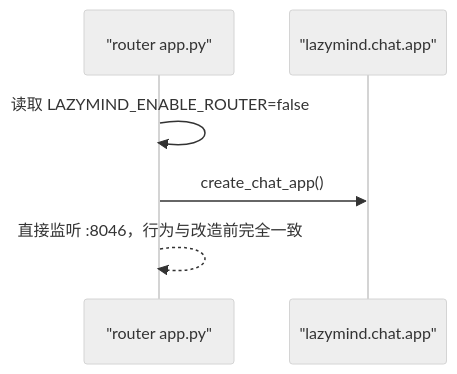
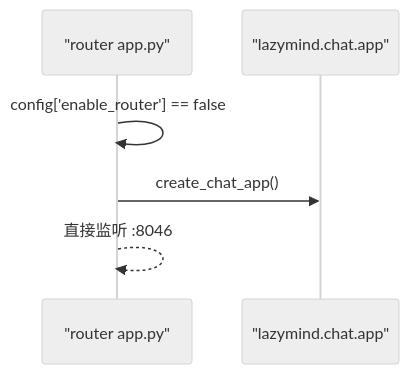
One commit to LazyAGI/LazyMind changed the second of 3 diagrams in algorithm/lazymind/router/DESIGN.md. Above: the diagram before and after it, drawn with Mermaid (neutral theme). The commit also changed other lines of this file and 10 other files, not shown here.

````diff
--- a/algorithm/lazymind/router/DESIGN.md
+++ b/algorithm/lazymind/router/DESIGN.md
@@ -437,9 +485,9 @@
 ```mermaid
 sequenceDiagram
     participant app as "router app.py"
     participant chat as "lazymind.chat.app"
 
-    app->>app: 读取 LAZYMIND_ENABLE_ROUTER=false
+    app->>app: config['enable_router'] == false
     app->>chat: create_chat_app()
-    app-->>app: 直接监听 :8046，行为与改造前完全一致
+    app-->>app: 直接监听 :8046
 ```
````
